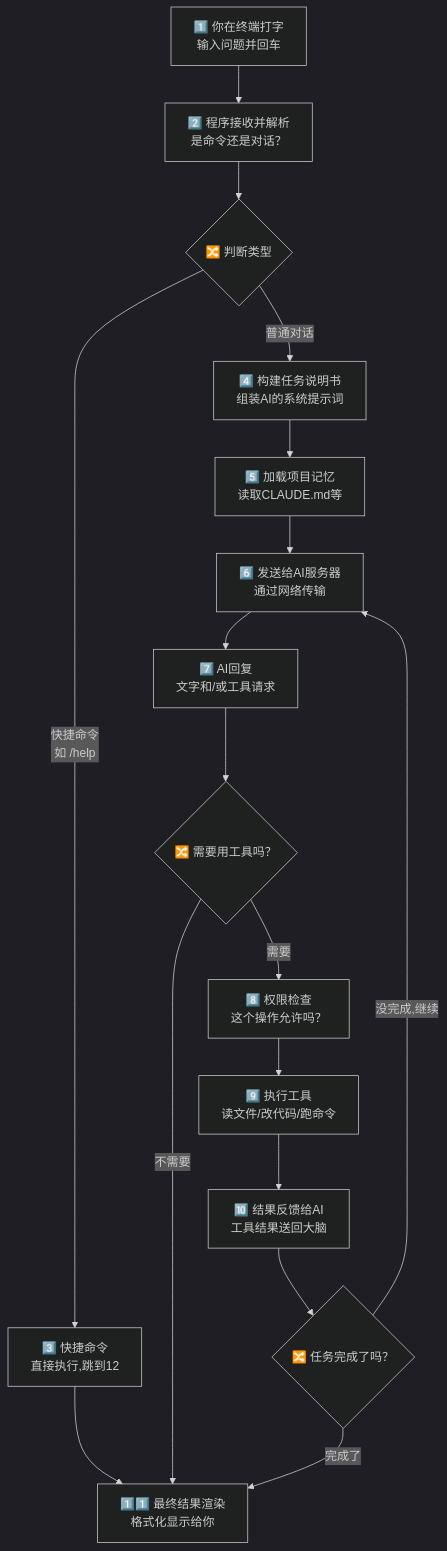
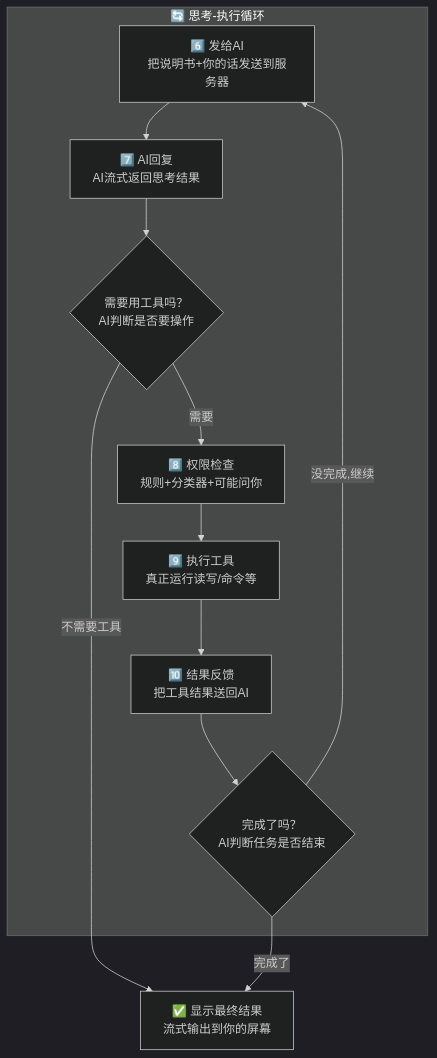
The fourth of 25 diagrams in docs/architecture/00-visual-guide-complete.md (WSbaikaishui/claude-code-source-code), drawn with Mermaid (dark theme) before and after one commit. The commit also changed other lines of this file and 73 other files, not shown here.

First line of the commit message:
Fix all Mermaid diagrams: restore semantics + fix dimensions

````diff
--- a/docs/architecture/00-visual-guide-complete.md
+++ b/docs/architecture/00-visual-guide-complete.md
@@ -114,27 +135,17 @@
 ```mermaid
 graph TD
-    S1["1️⃣ 你在终端打字<br/>输入问题并回车"]
-    S2["2️⃣ 程序接收并解析<br/>是命令还是对话？"]
-    S3{"🔀 判断类型"}
-    S3A["3️⃣ 快捷命令<br/>直接执行,跳到12"]
-    S4["4️⃣ 构建任务说明书<br/>组装AI的系统提示词"]
-    S5["5️⃣ 加载项目记忆<br/>读取CLAUDE.md等"]
-    S6["6️⃣ 发送给AI服务器<br/>通过网络传输"]
-    S7["7️⃣ AI回复<br/>文字和/或工具请求"]
-    S8{"🔀 需要用工具吗？"}
-    S9["8️⃣ 权限检查<br/>这个操作允许吗？"]
-    S10["9️⃣ 执行工具<br/>读文件/改代码/跑命令"]
-    S11["🔟 结果反馈给AI<br/>工具结果送回大脑"]
-    S12{"🔀 任务完成了吗？"}
-    S13["1️⃣1️⃣ 最终结果渲染<br/>格式化显示给你"]
-
-    S1 --> S2 --> S3
-    S3 -->|"快捷命令<br/>如 /help"| S3A
-    S3 -->|"普通对话"| S4
-    S3A --> S13
-    S4 --> S5 --> S6 --> S7 --> S8
-    S8 -->|"不需要"| S13
+    subgraph LOOP["🔄 思考-执行循环"]
+        S6["6️⃣ 发给AI<br/>把说明书+你的话发送到服务器"]
+        S7["7️⃣ AI回复<br/>AI流式返回思考结果"]
+        S8{"需要用工具吗？<br/>AI判断是否要操作"}
+        S9["8️⃣ 权限检查<br/>规则+分类器+可能问你"]
+        S10["9️⃣ 执行工具<br/>真正运行读写/命令等"]
+        S11["🔟 结果反馈<br/>把工具结果送回AI"]
+        S12{"完成了吗？<br/>AI判断任务是否结束"}
+    end
+    S6 --> S7 --> S8
     S8 -->|"需要"| S9 --> S10 --> S11 --> S12
     S12 -->|"没完成,继续"| S6
+    S8 -->|"不需要工具"| S13["✅ 显示最终结果<br/>流式输出到你的屏幕"]
     S12 -->|"完成了"| S13
 ```
````
